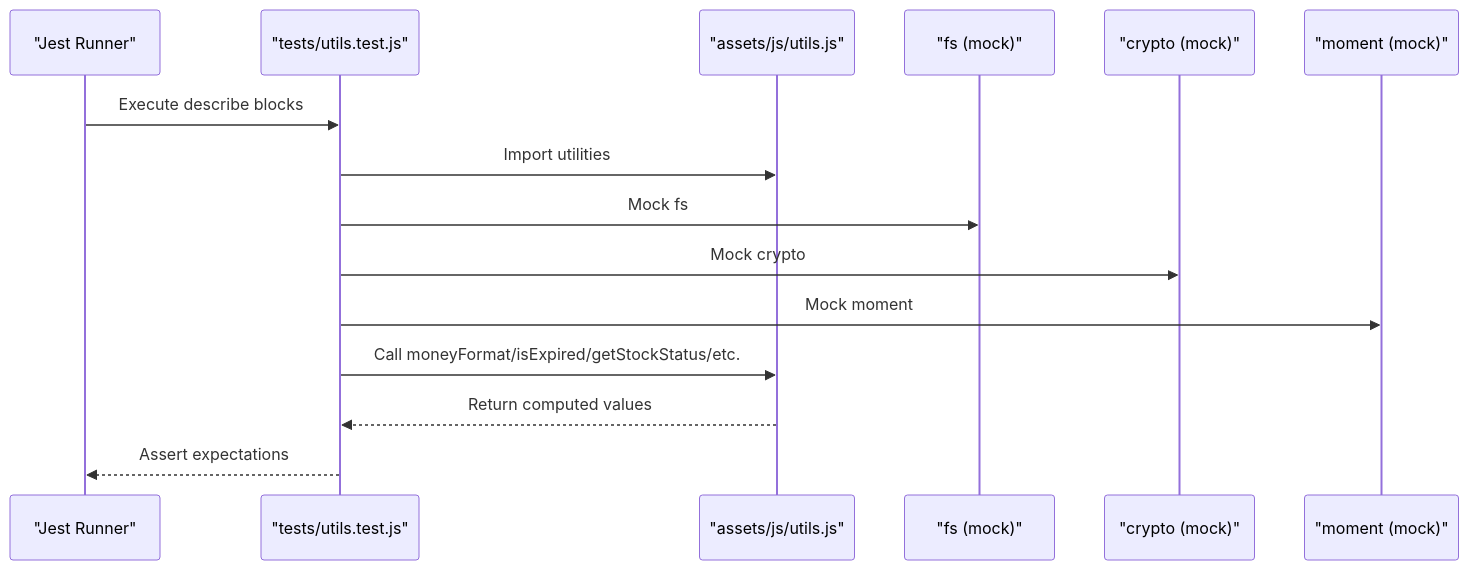
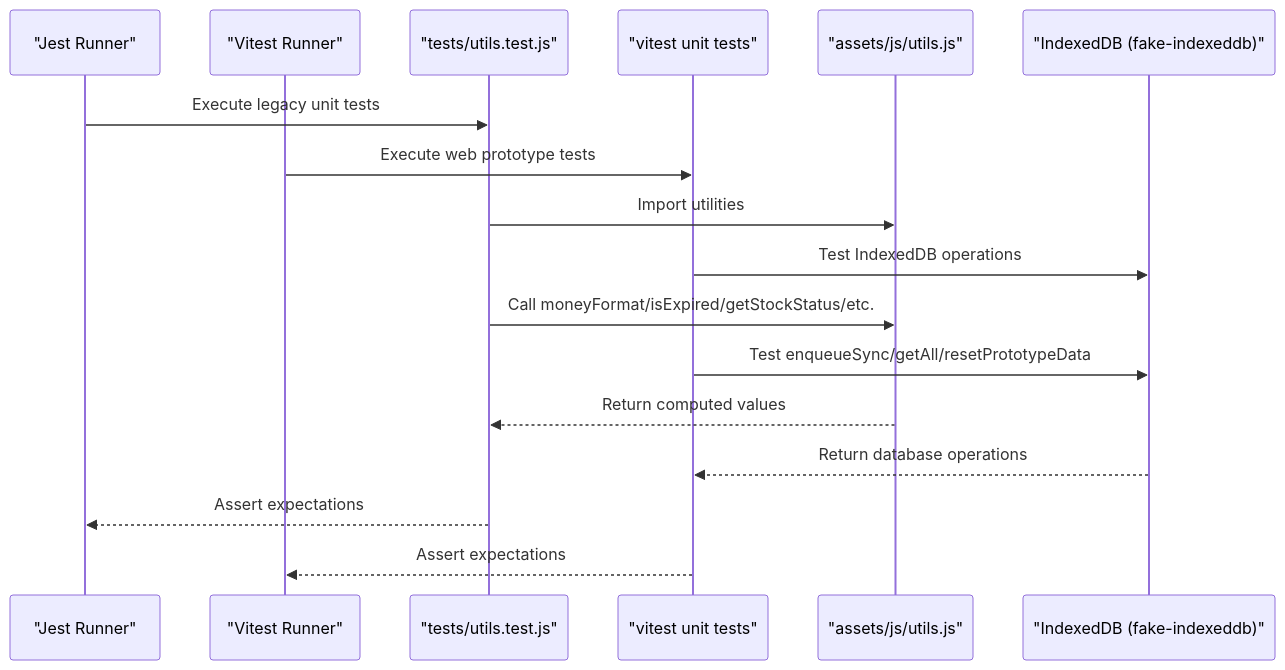
One commit to yosefdc7/PharmaPOS changed the second of 4 diagrams in .qoder/repowiki/en/content/Testing Strategy.md. Above: the diagram before and after it, drawn with Mermaid. The commit also changed other lines of this file and 28 other files, not shown here.

````diff
--- a/.qoder/repowiki/en/content/Testing Strategy.md
+++ b/.qoder/repowiki/en/content/Testing Strategy.md
@@ -95,17 +133,19 @@
 ```mermaid
 sequenceDiagram
 participant J as "Jest Runner"
+participant V as "Vitest Runner"
 participant TU as "tests/utils.test.js"
+participant VTU as "vitest unit tests"
 participant U as "assets/js/utils.js"
-participant FS as "fs (mock)"
-participant CR as "crypto (mock)"
-participant MO as "moment (mock)"
-J->>TU : Execute describe blocks
+participant DB as "IndexedDB (fake-indexeddb)"
+J->>TU : Execute legacy unit tests
+V->>VTU : Execute web prototype tests
 TU->>U : Import utilities
-TU->>FS : Mock fs
-TU->>CR : Mock crypto
-TU->>MO : Mock moment
+VTU->>DB : Test IndexedDB operations
 TU->>U : Call moneyFormat/isExpired/getStockStatus/etc.
+VTU->>DB : Test enqueueSync/getAll/resetPrototypeData
 U-->>TU : Return computed values
+DB-->>VTU : Return database operations
 TU-->>J : Assert expectations
+VTU-->>V : Assert expectations
 ```
````
